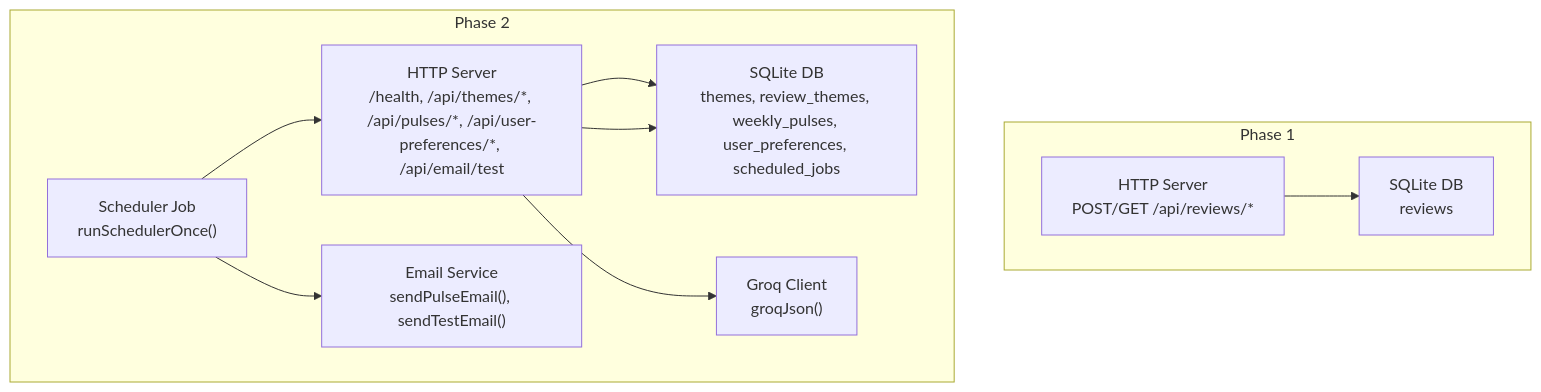
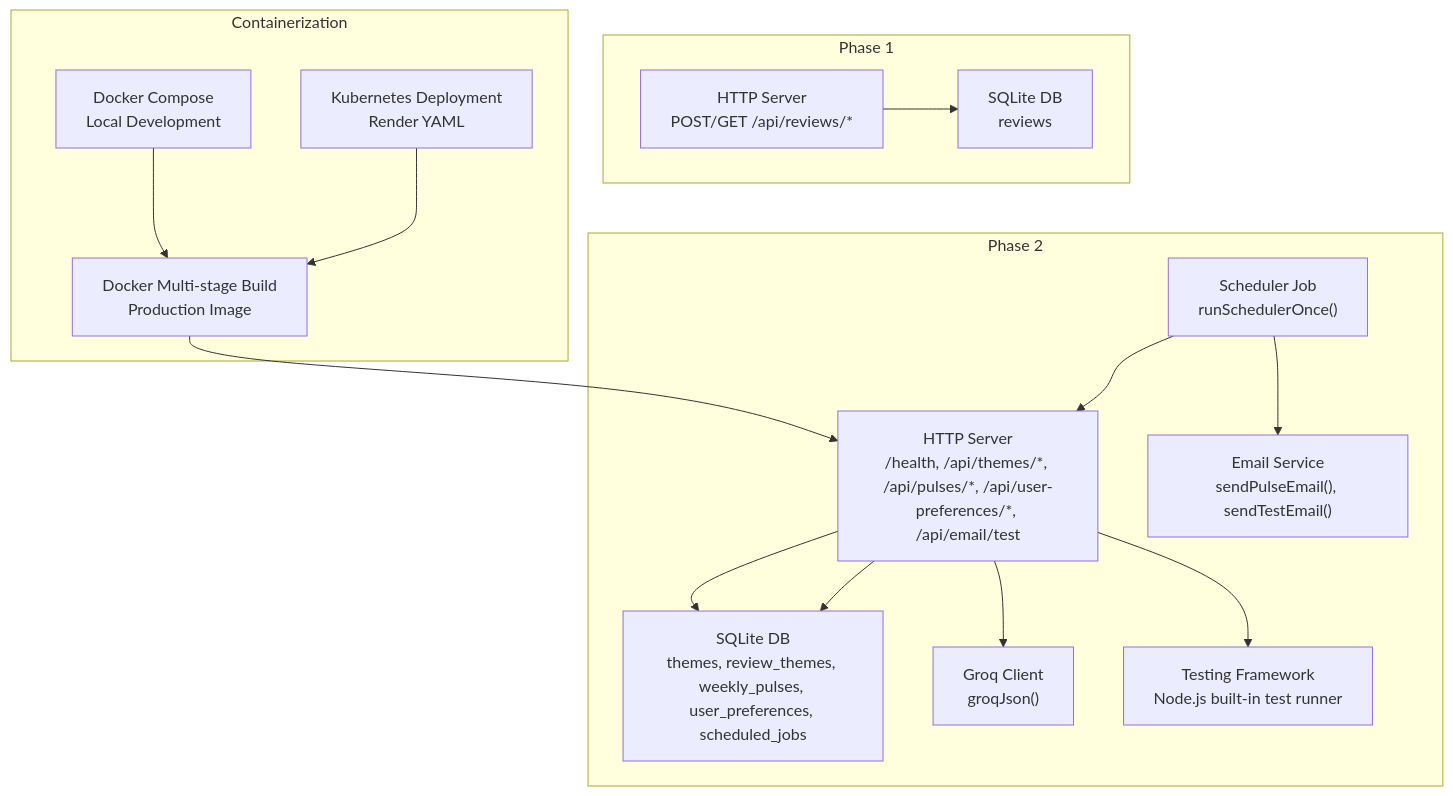
Before and after one commit to aravinthraj-ramalingam/Groww-App-Review-Insights-Analyzer-: the first of 5 diagrams in .qoder/repowiki/en/content/Deployment & Operations.md, drawn with Mermaid. The commit also changed other lines of this file and 11 other files, not shown here.

Commit message:
Fix Dockerfile COPY command for Render build context

````diff
--- a/.qoder/repowiki/en/content/Deployment & Operations.md
+++ b/.qoder/repowiki/en/content/Deployment & Operations.md
@@ -58,20 +78,30 @@
 ```mermaid
 graph TB
 subgraph "Phase 1"
 P1S["HTTP Server<br/>POST/GET /api/reviews/*"]
 P1DB["SQLite DB<br/>reviews"]
 end
 subgraph "Phase 2"
 P2S["HTTP Server<br/>/health, /api/themes/*, /api/pulses/*, /api/user-preferences/*, /api/email/test"]
 P2DB["SQLite DB<br/>themes, review_themes, weekly_pulses, user_preferences, scheduled_jobs"]
 SCH["Scheduler Job<br/>runSchedulerOnce()"]
 EMAIL["Email Service<br/>sendPulseEmail(), sendTestEmail()"]
 GROQ["Groq Client<br/>groqJson()"]
+TESTS["Testing Framework<br/>Node.js built-in test runner"]
+end
+subgraph "Containerization"
+DOCKER["Docker Multi-stage Build<br/>Production Image"]
+K8S["Kubernetes Deployment<br/>Render YAML"]
+COMPOSE["Docker Compose<br/>Local Development"]
 end
 P1S --> P1DB
 P2S --> P2DB
 SCH --> P2S
 SCH --> EMAIL
 P2S --> GROQ
 P2S --> P2DB
+P2S --> TESTS
+DOCKER --> P2S
+K8S --> DOCKER
+COMPOSE --> DOCKER
 ```
````
